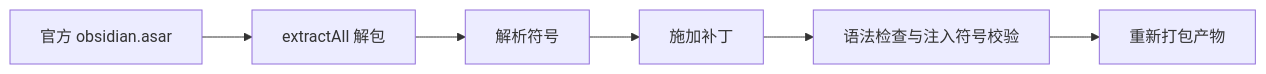
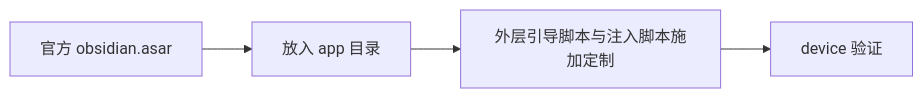
The diagram in docs/asar-upgrade.md (HandwerSTD/ObsidianHM), drawn with Mermaid before and after one commit. The commit also changed other lines of this file and 19 other files, not shown here.

````diff
--- a/docs/asar-upgrade.md
+++ b/docs/asar-upgrade.md
@@ -15,8 +13,6 @@
 ```mermaid
 flowchart LR
-    A["官方 obsidian.asar"] --> B["extractAll 解包"]
-    B --> C["解析符号"]
-    C --> D["施加补丁"]
-    D --> E["语法检查与注入符号校验"]
-    E --> F["重新打包产物"]
+    A["官方 obsidian.asar"] --> B["放入 app 目录"]
+    B --> C["外层引导脚本与注入脚本施加定制"]
+    C --> D["device 验证"]
 ```
````
